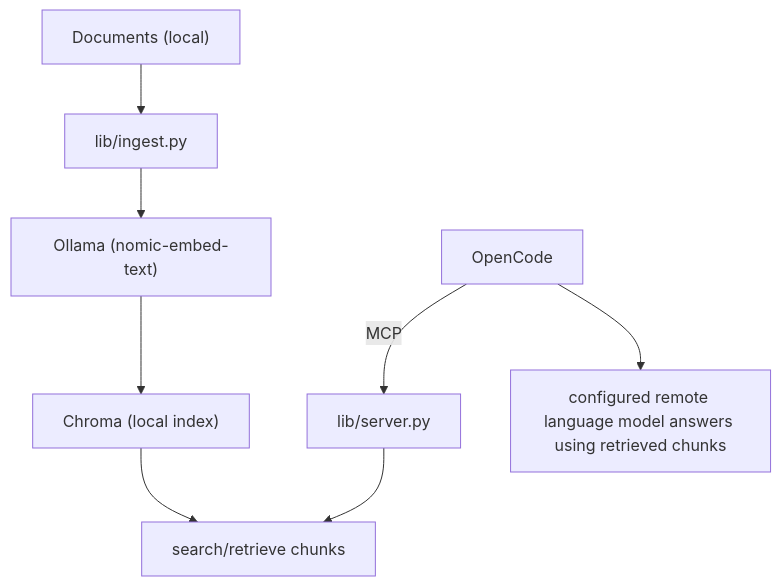
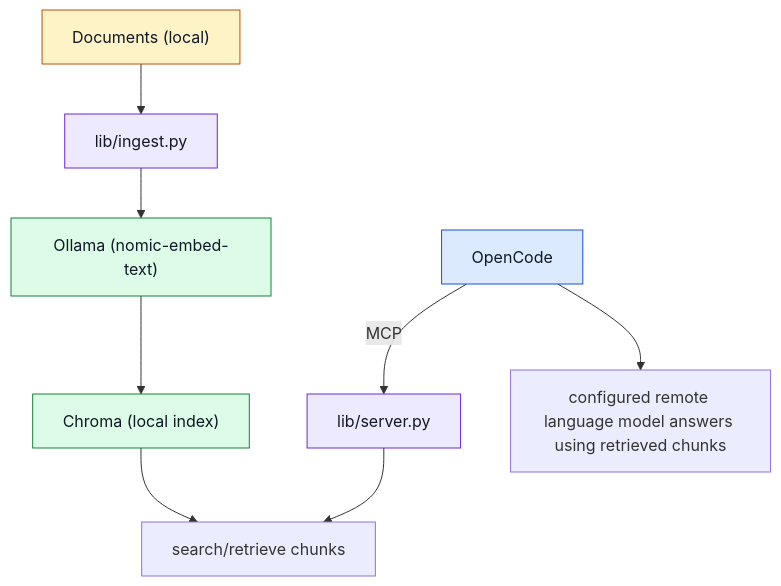
Before and after one commit to andrepester/rag-search-mcp: the diagram in README.md, drawn with Mermaid.

Commit message:
docs: add Mermaid node colors by component group

````diff
--- a/README.md
+++ b/README.md
@@ -13,12 +13,22 @@
 ```mermaid
 flowchart TD
     A["Documents (local)"] --> B["lib/ingest.py"]
     B --> C["Ollama (nomic-embed-text)"]
     C --> D["Chroma (local index)"]
 
     E["OpenCode"] -->|MCP| F["lib/server.py"]
     F --> G["search/retrieve chunks"]
     D --> G
 
     E --> H["configured remote language model answers using retrieved chunks"]
+
+    classDef docs fill:#fef3c7,stroke:#b45309,stroke-width:1px,color:#111827;
+    classDef opencode fill:#dbeafe,stroke:#1d4ed8,stroke-width:1px,color:#111827;
+    classDef vector fill:#dcfce7,stroke:#15803d,stroke-width:1px,color:#111827;
+    classDef libs fill:#ede9fe,stroke:#6d28d9,stroke-width:1px,color:#111827;
+
+    class A docs;
+    class E opencode;
+    class C,D vector;
+    class B,F libs;
 ```
````
